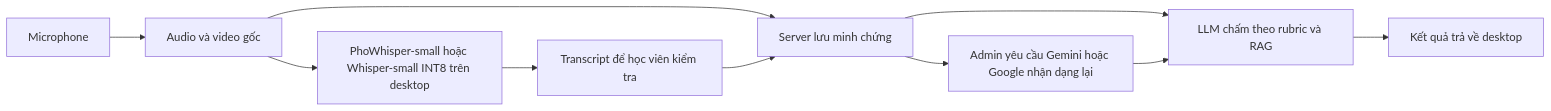
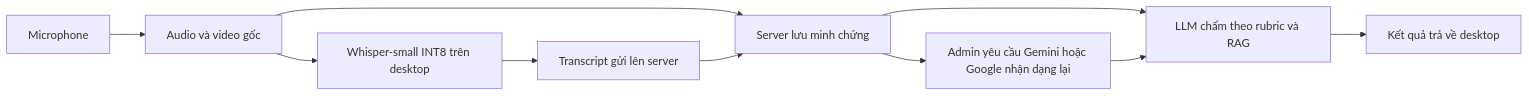
One commit to NCKH-LongT/AI-Oral-Assessment-Platform changed the second of 2 diagrams in docs/architecture/knowledge-speech.md. Above: the diagram before and after it, drawn with Mermaid. The commit also changed other lines of this file and 37 other files, not shown here.

````diff
--- a/docs/architecture/knowledge-speech.md
+++ b/docs/architecture/knowledge-speech.md
@@ -32,12 +32,12 @@
 ```mermaid
 flowchart LR
   Mic[Microphone] --> Raw[Audio và video gốc]
-  Raw --> Local[PhoWhisper-small hoặc Whisper-small INT8 trên desktop]
-  Local --> Text[Transcript để học viên kiểm tra]
+  Raw --> Local[Whisper-small INT8 trên desktop]
+  Local --> Text[Transcript gửi lên server]
   Raw --> Server[Server lưu minh chứng]
   Text --> Server
   Server --> Grade[LLM chấm theo rubric và RAG]
   Grade --> Result[Kết quả trả về desktop]
   Server --> Review[Admin yêu cầu Gemini hoặc Google nhận dạng lại]
   Review --> Grade
 ```
````
